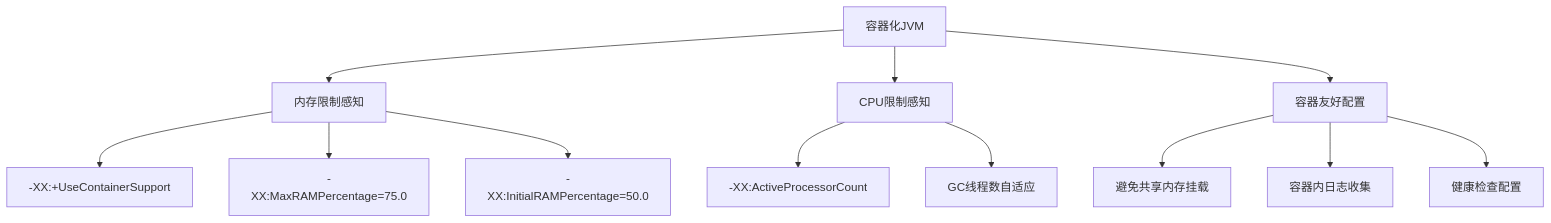
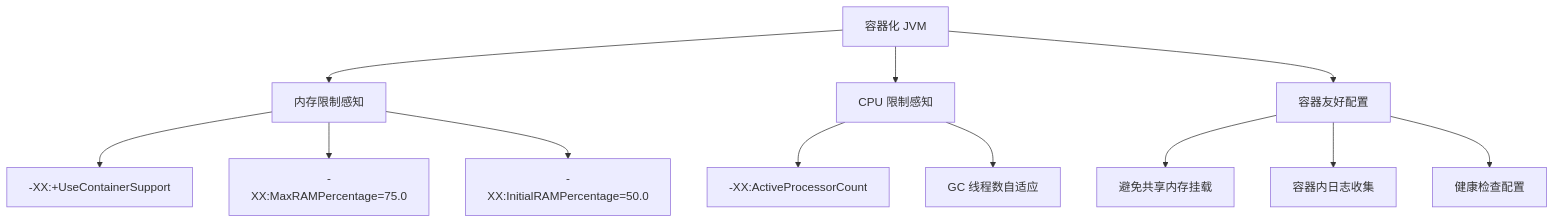
The first of 3 diagrams in docs/01-java-basic/20-JVM 现代实践与前沿技术 —— 容器化 cgroup 感知、虚拟线程 Continuation、JFR 零拷贝与云原生落地.md (b1tzer/b1tzer.github.io), drawn with Mermaid before and after one commit. The commit also changed other lines of this file and 23 other files, not shown here.

````diff
--- a/docs/01-java-basic/20-JVM 现代实践与前沿技术 —— 容器化 cgroup 感知、虚拟线程 Continuation、JFR 零拷贝与云原生落地.md
+++ b/docs/01-java-basic/20-JVM 现代实践与前沿技术 —— 容器化 cgroup 感知、虚拟线程 Continuation、JFR 零拷贝与云原生落地.md
@@ -34,17 +308,17 @@
 ```mermaid
 flowchart TD
-    A[容器化JVM] --> B[内存限制感知]
-    A --> C[CPU限制感知]
+    A[容器化 JVM] --> B[内存限制感知]
+    A --> C[CPU 限制感知]
     A --> D[容器友好配置]
 
     B --> B1["-XX:+UseContainerSupport"]
     B --> B2["-XX:MaxRAMPercentage=75.0"]
     B --> B3["-XX:InitialRAMPercentage=50.0"]
 
     C --> C1["-XX:ActiveProcessorCount"]
-    C --> C2[GC线程数自适应]
+    C --> C2[GC 线程数自适应]
 
     D --> D1[避免共享内存挂载]
     D --> D2[容器内日志收集]
     D --> D3[健康检查配置]
 ```
````
